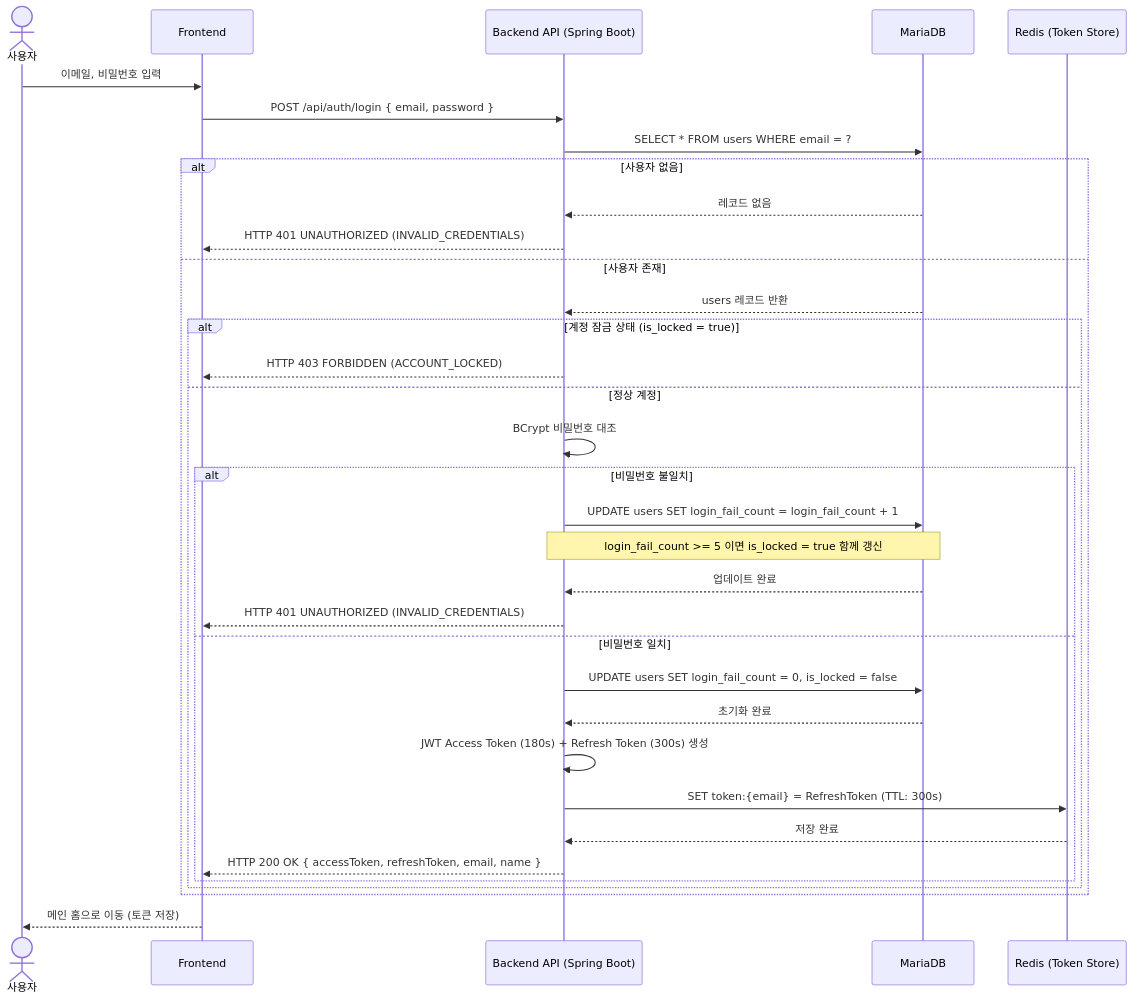
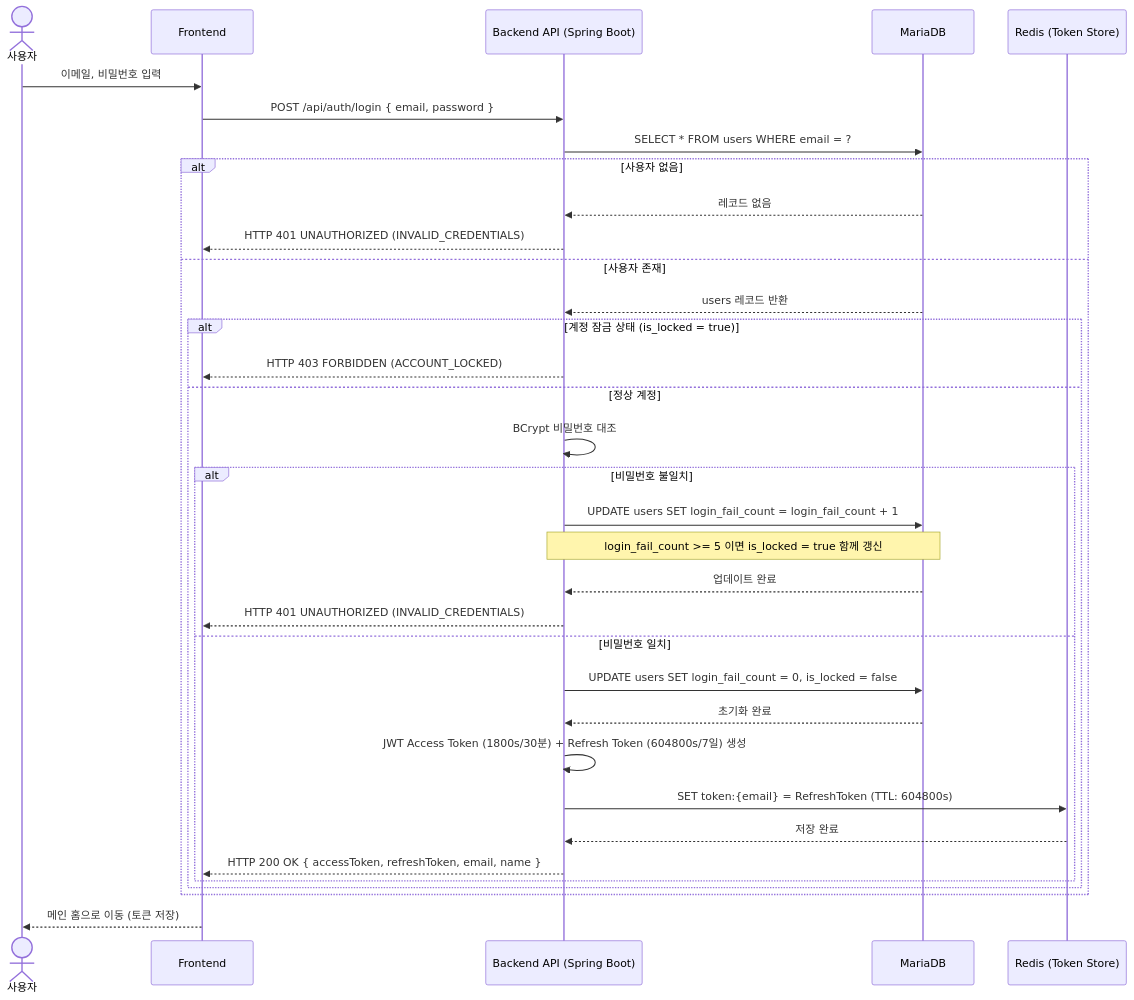
One commit to Boogieman-lab/book-management-system changed the second of 5 diagrams in docs/02_design/architecture/sequence/auth_sequence.md. Above: the diagram before and after it, drawn with Mermaid. The commit also changed other lines of this file and 1 other file, not shown here.

Commit message:
docs: JWT 토큰 TTL 운영 부적합 값 교정 (C-07)
- requirements.md: Access Token 180s → 1800s(30분), Refresh Token 300s → 604800s(7일)
- auth_sequence.md: 로그인 시퀀스 및 토큰 생명주기 요약 TTL 값 동일하게 갱신

````diff
--- a/docs/02_design/architecture/sequence/auth_sequence.md
+++ b/docs/02_design/architecture/sequence/auth_sequence.md
@@ -44,42 +44,42 @@
 ```mermaid
 sequenceDiagram
     actor User as 사용자
     participant Client as Frontend
     participant Server as Backend API (Spring Boot)
     participant DB as MariaDB
     participant Redis as Redis (Token Store)
 
     User->>Client: 이메일, 비밀번호 입력
     Client->>Server: POST /api/auth/login { email, password }
 
     Server->>DB: SELECT * FROM users WHERE email = ?
 
     alt 사용자 없음
         DB-->>Server: 레코드 없음
         Server-->>Client: HTTP 401 UNAUTHORIZED (INVALID_CREDENTIALS)
     else 사용자 존재
         DB-->>Server: users 레코드 반환
 
         alt 계정 잠금 상태 (is_locked = true)
             Server-->>Client: HTTP 403 FORBIDDEN (ACCOUNT_LOCKED)
         else 정상 계정
             Server->>Server: BCrypt 비밀번호 대조
 
             alt 비밀번호 불일치
                 Server->>DB: UPDATE users SET login_fail_count = login_fail_count + 1
                 Note over Server,DB: login_fail_count >= 5 이면 is_locked = true 함께 갱신
                 DB-->>Server: 업데이트 완료
                 Server-->>Client: HTTP 401 UNAUTHORIZED (INVALID_CREDENTIALS)
             else 비밀번호 일치
                 Server->>DB: UPDATE users SET login_fail_count = 0, is_locked = false
                 DB-->>Server: 초기화 완료
-                Server->>Server: JWT Access Token (180s) + Refresh Token (300s) 생성
-                Server->>Redis: SET token:{email} = RefreshToken (TTL: 300s)
+                Server->>Server: JWT Access Token (1800s/30분) + Refresh Token (604800s/7일) 생성
+                Server->>Redis: SET token:{email} = RefreshToken (TTL: 604800s)
                 Redis-->>Server: 저장 완료
                 Server-->>Client: HTTP 200 OK { accessToken, refreshToken, email, name }
             end
         end
     end
 
     Client-->>User: 메인 홈으로 이동 (토큰 저장)
 ```
````
